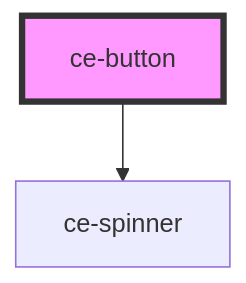
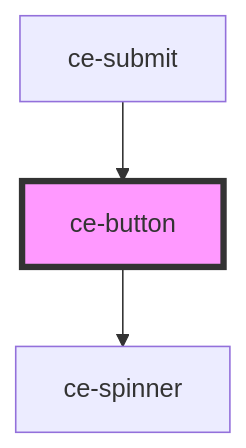
Before and after one commit to surecart/surecart-wp-plugin: the diagram in packages/components/docs/components/ui/button/readme.md, drawn with Mermaid. The commit also changed other lines of this file and 50 other files, not shown here.

````diff
--- a/packages/components/docs/components/ui/button/readme.md
+++ b/packages/components/docs/components/ui/button/readme.md
@@ -52,5 +56,6 @@
 ```mermaid
 graph TD;
   ce-button --> ce-spinner
+  ce-submit --> ce-button
   style ce-button fill:#f9f,stroke:#333,stroke-width:4px
 ```
````
